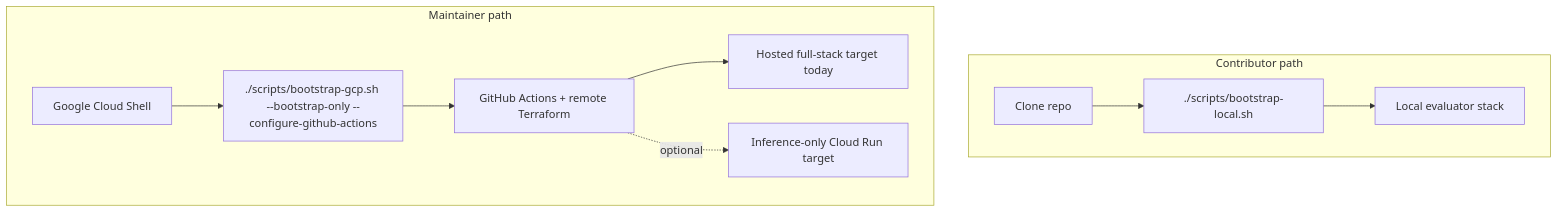
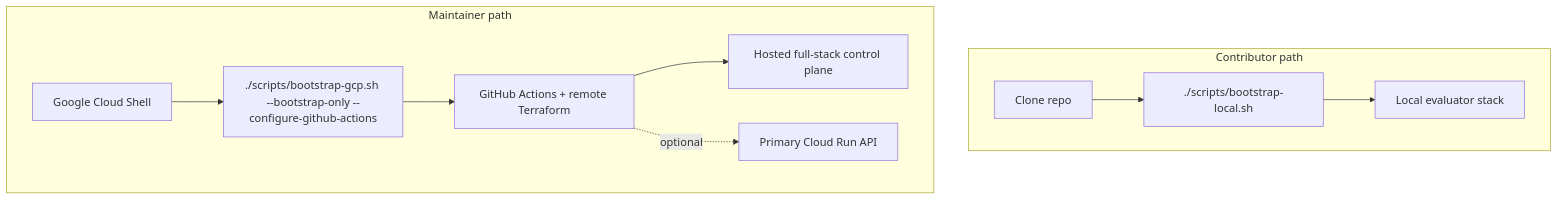
The second of 2 diagrams in README.md (javihslu/foehncast), drawn with Mermaid before and after one commit. The commit also changed other lines of this file and 15 other files, not shown here.

Commit message:
feat(runtime): promote Cloud Run as primary hosted API

````diff
--- a/README.md
+++ b/README.md
@@ -37,21 +37,21 @@
 ```mermaid
 flowchart TB
   subgraph Contributor[Contributor path]
     Clone[Clone repo]
     Local[./scripts/bootstrap-local.sh]
     Compose[Local evaluator stack]
   end
 
   subgraph Maintainer[Maintainer path]
     Shell[Google Cloud Shell]
     Bootstrap[./scripts/bootstrap-gcp.sh --bootstrap-only --configure-github-actions]
     Cloud[GitHub Actions + remote Terraform]
-    Host[Hosted full-stack target today]
-    Run[Inference-only Cloud Run target]
+    Host[Hosted full-stack control plane]
+    Run[Primary Cloud Run API]
   end
 
   Clone --> Local --> Compose
   Shell --> Bootstrap --> Cloud
   Cloud --> Host
   Cloud -. optional .-> Run
 ```
````
